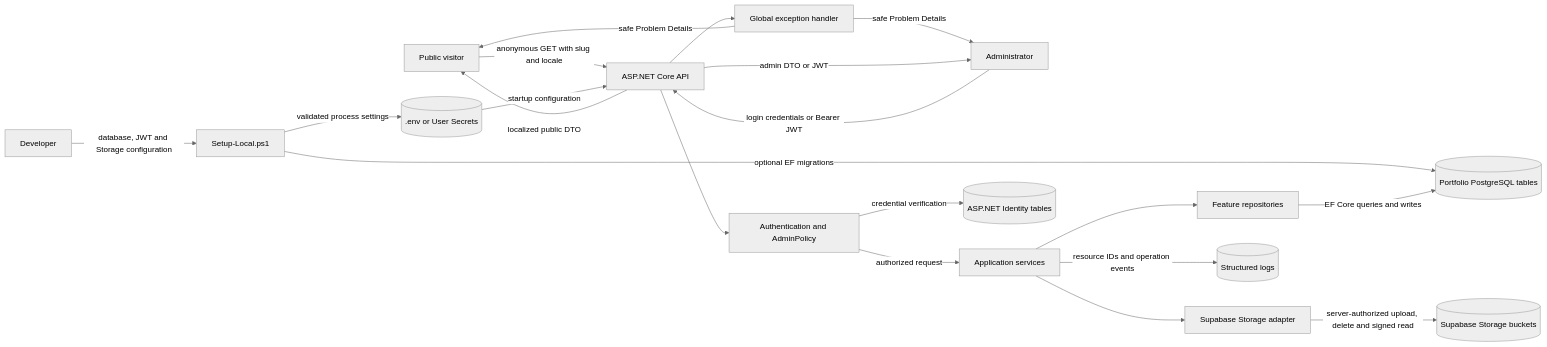
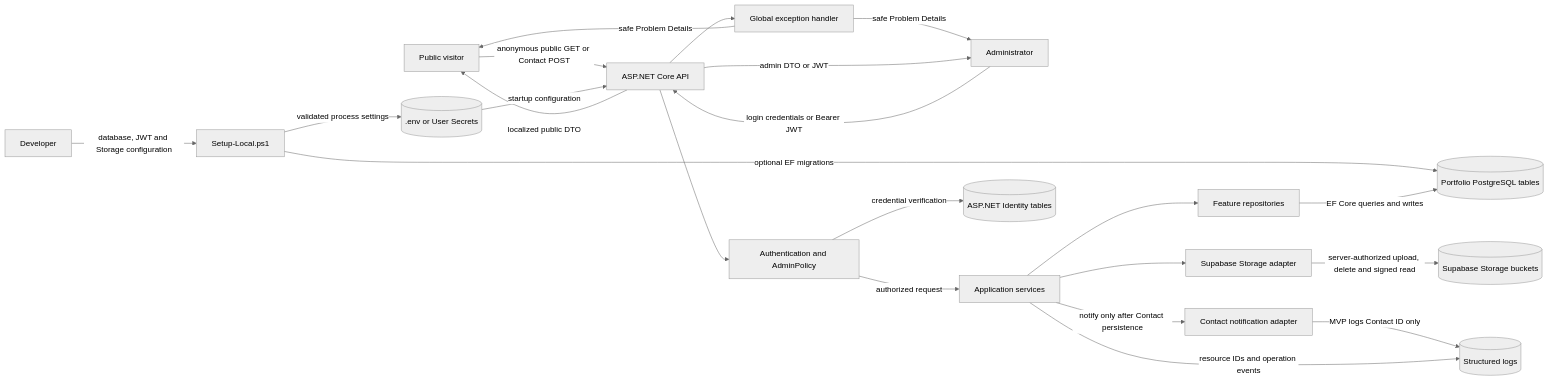
The first of 28 diagrams in docs/architecture/CURRENT_PROCESS_FLOWS.md (hoangnam-dev/CG03_AboutMe_API), drawn with Mermaid (neutral theme) before and after one commit. The commit also changed other lines of this file and 34 other files, not shown here.

Commit message:
feat: Implement contact management features including repository, service, and notifier

````diff
--- a/docs/architecture/CURRENT_PROCESS_FLOWS.md
+++ b/docs/architecture/CURRENT_PROCESS_FLOWS.md
@@ -37,44 +37,47 @@
 ```mermaid
 flowchart LR
     Public[Public visitor]
     Admin[Administrator]
     Dev[Developer]
 
     Setup[Setup-Local.ps1]
     API[ASP.NET Core API]
     Auth[Authentication and AdminPolicy]
     App[Application services]
     Repo[Feature repositories]
     StorageAdapter[Supabase Storage adapter]
+    ContactNotifier[Contact notification adapter]
     ErrorHandler[Global exception handler]
 
     Config[(.env or User Secrets)]
     Identity[(ASP.NET Identity tables)]
     Portfolio[(Portfolio PostgreSQL tables)]
     Objects[(Supabase Storage buckets)]
     Logs[(Structured logs)]
 
     Dev -->|database, JWT and Storage configuration| Setup
     Setup -->|validated process settings| Config
     Setup -->|optional EF migrations| Portfolio
 
-    Public -->|anonymous GET with slug and locale| API
+    Public -->|anonymous public GET or Contact POST| API
     Admin -->|login credentials or Bearer JWT| API
     Config -->|startup configuration| API
 
     API --> Auth
     Auth -->|credential verification| Identity
     Auth -->|authorized request| App
     App --> Repo
     Repo -->|EF Core queries and writes| Portfolio
     App --> StorageAdapter
     StorageAdapter -->|server-authorized upload, delete and signed read| Objects
+    App -->|notify only after Contact persistence| ContactNotifier
+    ContactNotifier -->|MVP logs Contact ID only| Logs
 
     App -->|resource IDs and operation events| Logs
     API --> ErrorHandler
     ErrorHandler -->|safe Problem Details| Public
     ErrorHandler -->|safe Problem Details| Admin
 
     API -->|localized public DTO| Public
     API -->|admin DTO or JWT| Admin
 ```
````
